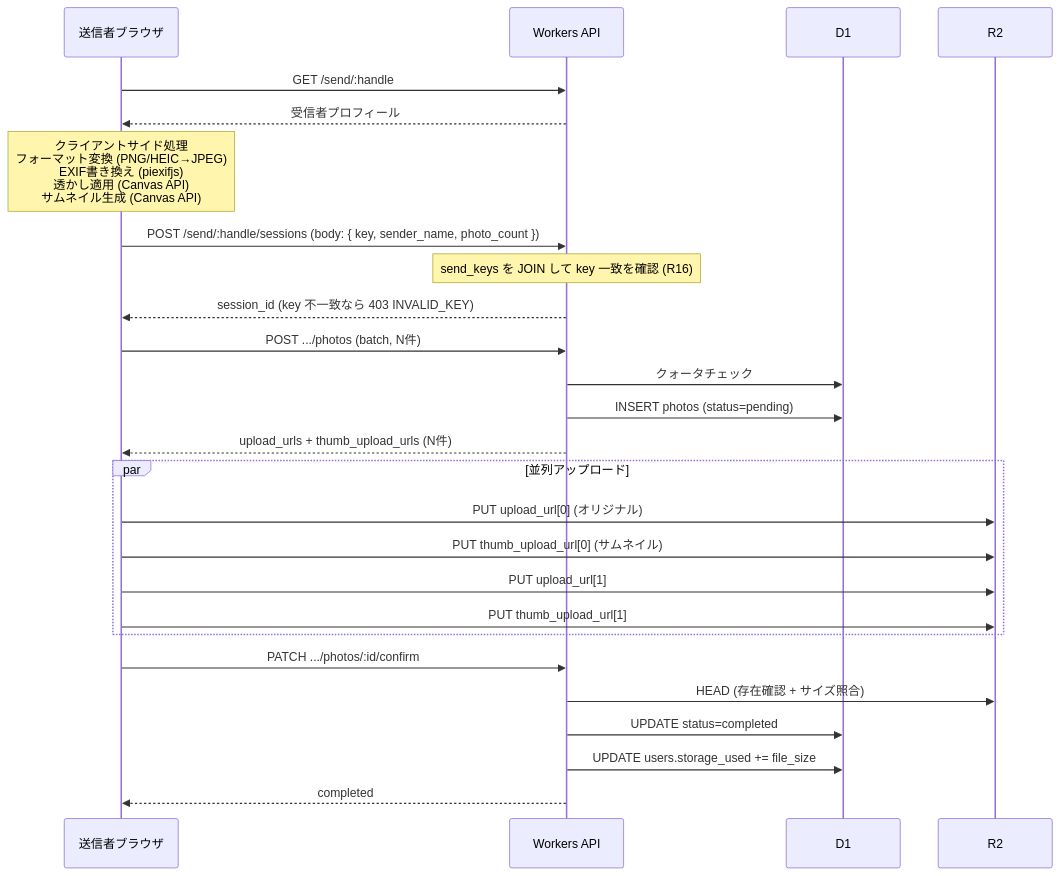
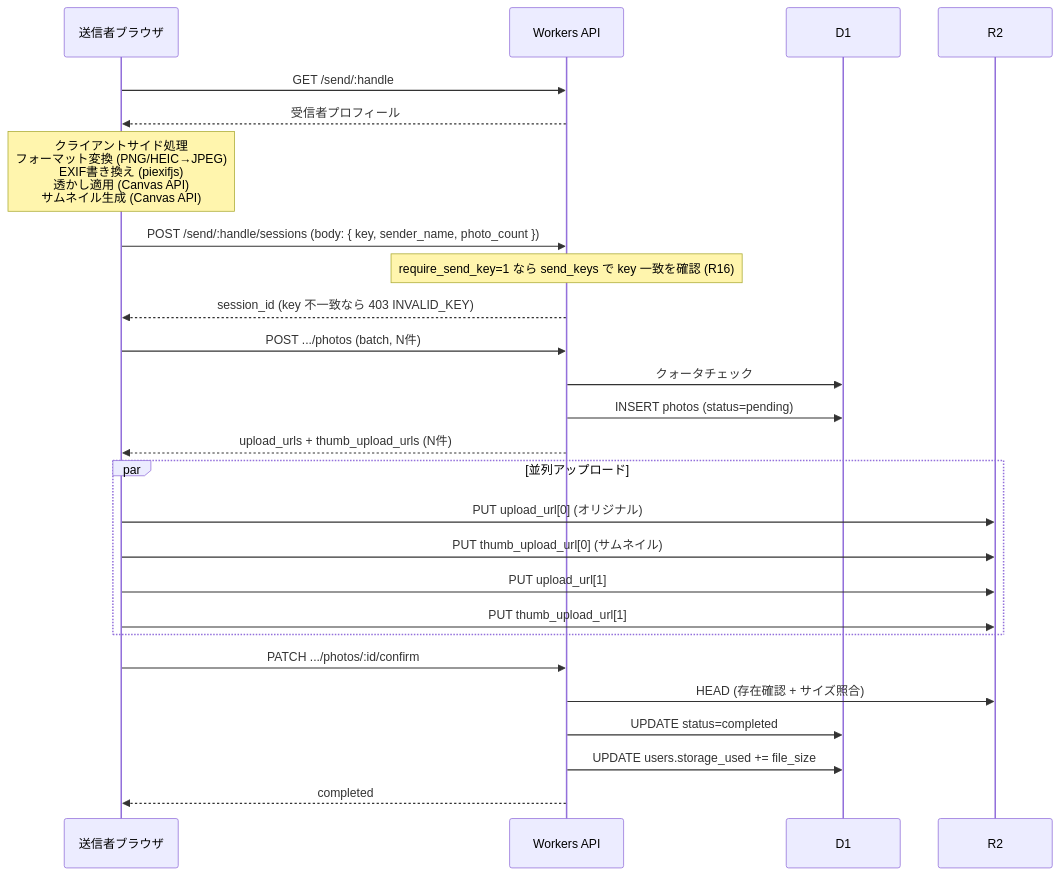
The fifth of 5 diagrams in docs/architecture.md (kuu13580/furdrop), drawn with Mermaid before and after one commit. The commit also changed other lines of this file and 24 other files, not shown here.

````diff
--- a/docs/architecture.md
+++ b/docs/architecture.md
@@ -658,34 +690,34 @@
 ```mermaid
 sequenceDiagram
     participant C as 送信者ブラウザ
     participant W as Workers API
     participant DB as D1
     participant R2 as R2
 
     C->>W: GET /send/:handle
     W-->>C: 受信者プロフィール
 
     Note over C: クライアントサイド処理<br/>フォーマット変換 (PNG/HEIC→JPEG)<br/>EXIF書き換え (piexifjs)<br/>透かし適用 (Canvas API)<br/>サムネイル生成 (Canvas API)
 
     C->>W: POST /send/:handle/sessions (body: { key, sender_name, photo_count })
-    Note over W: send_keys を JOIN して key 一致を確認 (R16)
+    Note over W: require_send_key=1 なら send_keys で key 一致を確認 (R16)
     W-->>C: session_id (key 不一致なら 403 INVALID_KEY)
 
     C->>W: POST .../photos (batch, N件)
     W->>DB: クォータチェック
     W->>DB: INSERT photos (status=pending)
     W-->>C: upload_urls + thumb_upload_urls (N件)
 
     par 並列アップロード
         C->>R2: PUT upload_url[0] (オリジナル)
         C->>R2: PUT thumb_upload_url[0] (サムネイル)
         C->>R2: PUT upload_url[1]
         C->>R2: PUT thumb_upload_url[1]
     end
 
     C->>W: PATCH .../photos/:id/confirm
     W->>R2: HEAD (存在確認 + サイズ照合)
     W->>DB: UPDATE status=completed
     W->>DB: UPDATE users.storage_used += file_size
     W-->>C: completed
 ```
````
